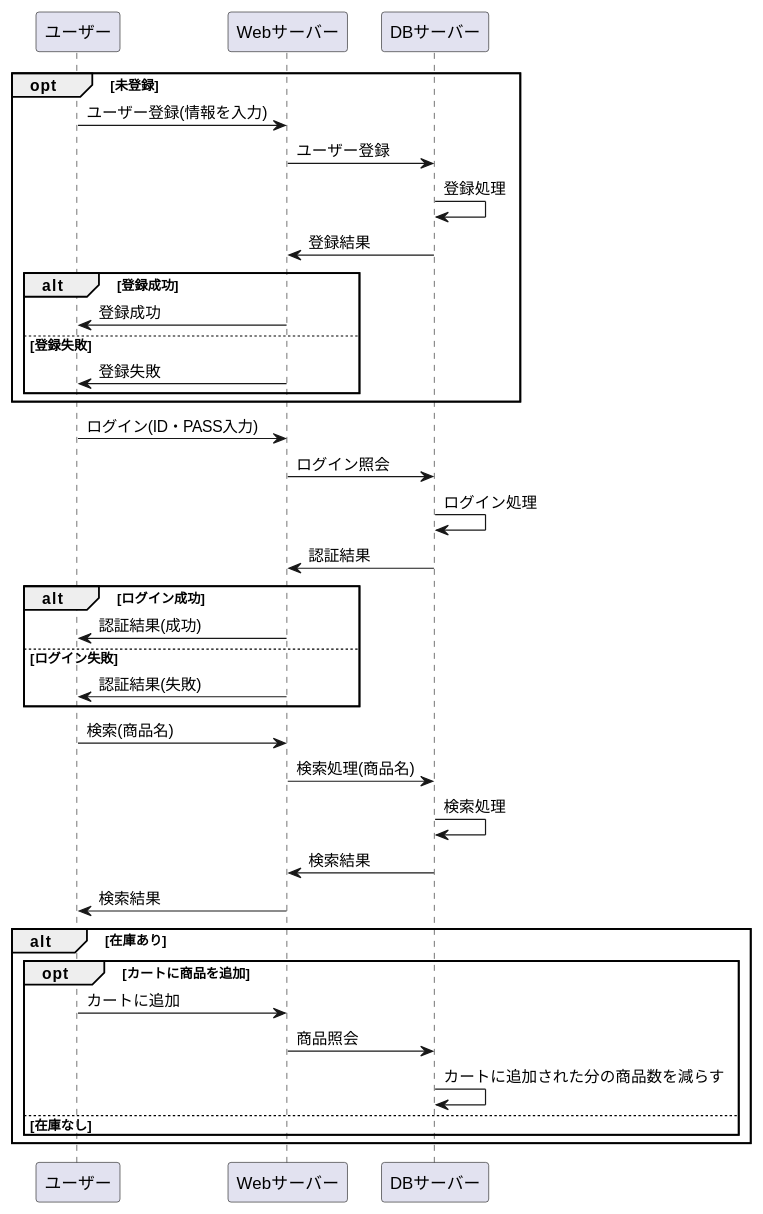
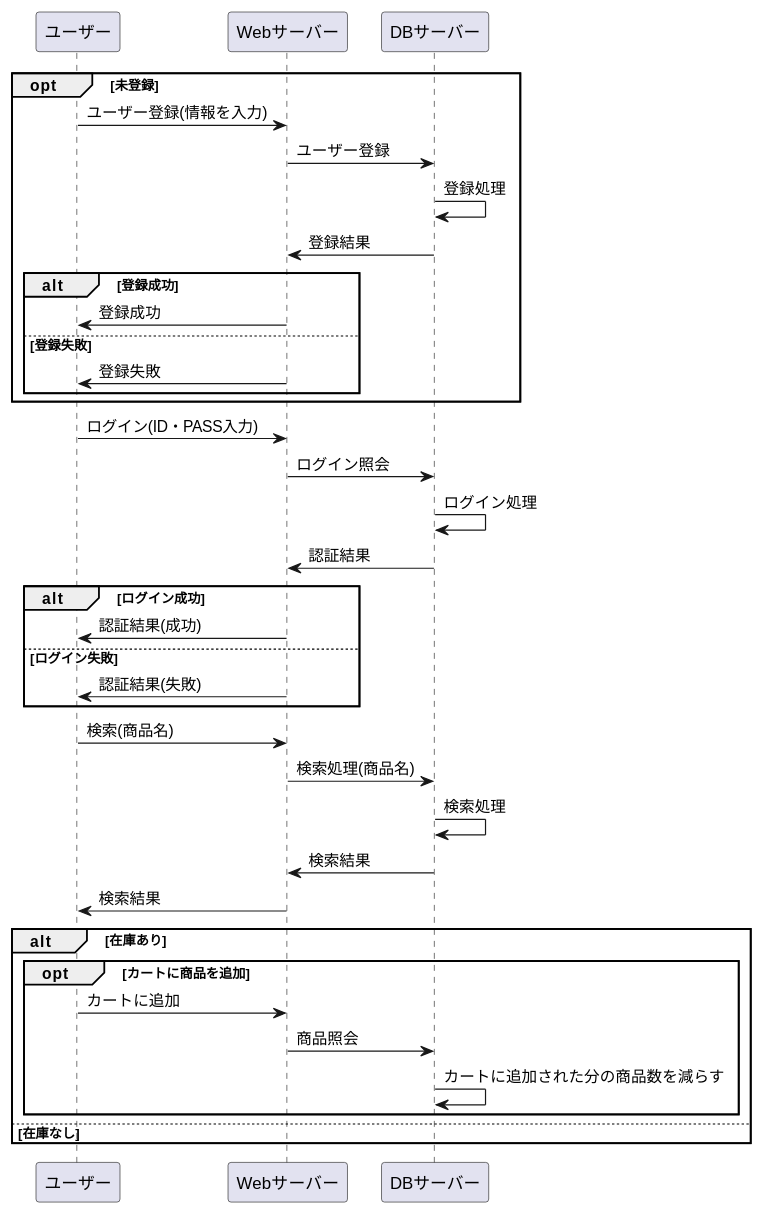
The diagram in sample.md (Aso2001154/2021sys-design), drawn with PlantUML before and after one commit.

````diff
--- a/sample.md
+++ b/sample.md
@@ -1,43 +1,42 @@
 ```uml
 @startuml
 opt 未登録
 ユーザー -> Webサーバー : ユーザー登録(情報を入力)
 Webサーバー -> DBサーバー : ユーザー登録
 DBサーバー -> DBサーバー : 登録処理
 DBサーバー -> Webサーバー : 登録結果
 
 alt 登録成功
 Webサーバー -> ユーザー : 登録成功
 else 登録失敗
 Webサーバー -> ユーザー : 登録失敗
 end
 end
 
 ユーザー -> Webサーバー : ログイン(ID・PASS入力)
 Webサーバー -> DBサーバー : ログイン照会
 DBサーバー -> DBサーバー : ログイン処理
 DBサーバー -> Webサーバー : 認証結果
 
 alt ログイン成功
 Webサーバー -> ユーザー : 認証結果(成功)
 else ログイン失敗
 Webサーバー -> ユーザー : 認証結果(失敗)
 end
 
 ユーザー -> Webサーバー : 検索(商品名)
 Webサーバー -> DBサーバー : 検索処理(商品名)
 DBサーバー -> DBサーバー : 検索処理
 DBサーバー -> Webサーバー : 検索結果
 Webサーバー -> ユーザー : 検索結果
 
 alt 在庫あり
 opt カートに商品を追加
 ユーザー -> Webサーバー : カートに追加
 Webサーバー -> DBサーバー : 商品照会
 DBサーバー -> DBサーバー : カートに追加された分の商品数を減らす
+end
 else 在庫なし
-
-end
 end
 @enduml
 ```
````
